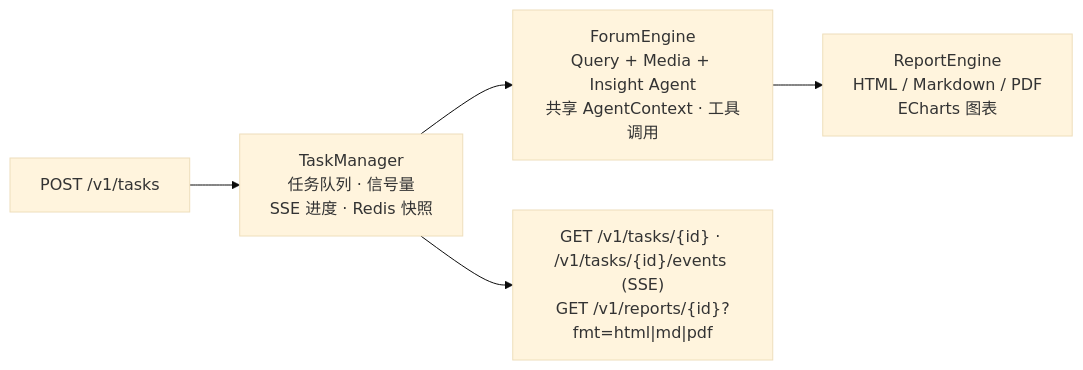
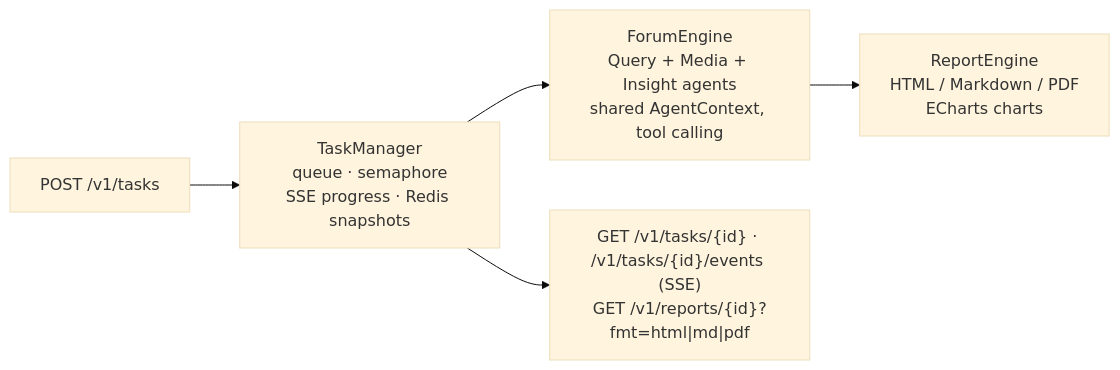
One commit to zeng-bohan/sentiment-analysis-agents changed the diagram in README.zh-CN.md. Above: the diagram before and after it, drawn with Mermaid (base theme). The commit also changed other lines of this file and 1 other file, not shown here.

````diff
--- a/README.zh-CN.md
+++ b/README.zh-CN.md
@@ -41,7 +59,7 @@
 ```mermaid
 flowchart LR
-    T["POST /v1/tasks"] --> TM["TaskManager<br/>任务队列 · 信号量<br/>SSE 进度 · Redis 快照"]
-    TM --> FE["ForumEngine<br/>Query + Media + Insight Agent<br/>共享 AgentContext · 工具调用"]
-    FE --> RE["ReportEngine<br/>HTML / Markdown / PDF<br/>ECharts 图表"]
+    T["POST /v1/tasks"] --> TM["TaskManager<br/>queue · semaphore<br/>SSE progress · Redis snapshots"]
+    TM --> FE["ForumEngine<br/>Query + Media + Insight agents<br/>shared AgentContext, tool calling"]
+    FE --> RE["ReportEngine<br/>HTML / Markdown / PDF<br/>ECharts charts"]
     TM --> E["GET /v1/tasks/{id} · /v1/tasks/{id}/events (SSE)<br/>GET /v1/reports/{id}?fmt=html|md|pdf"]
 ```
````
